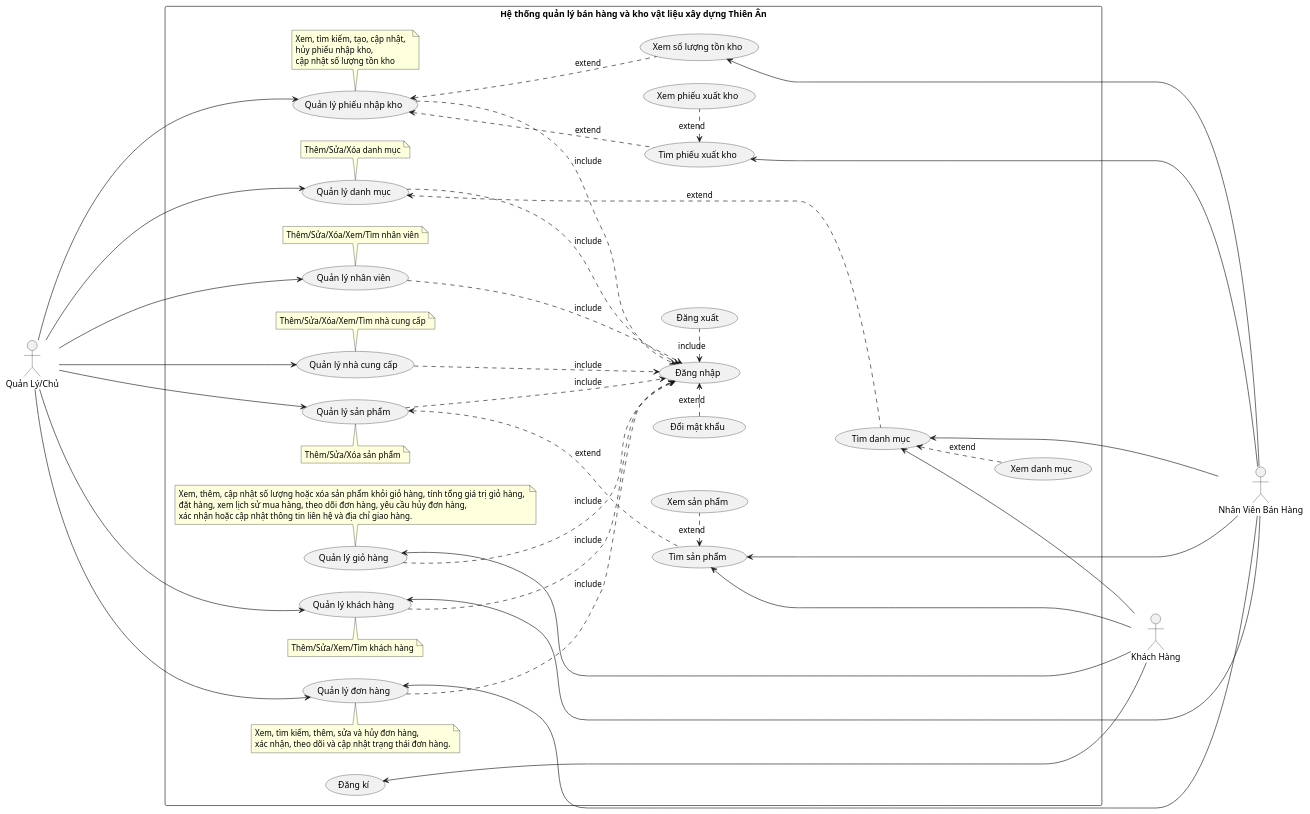
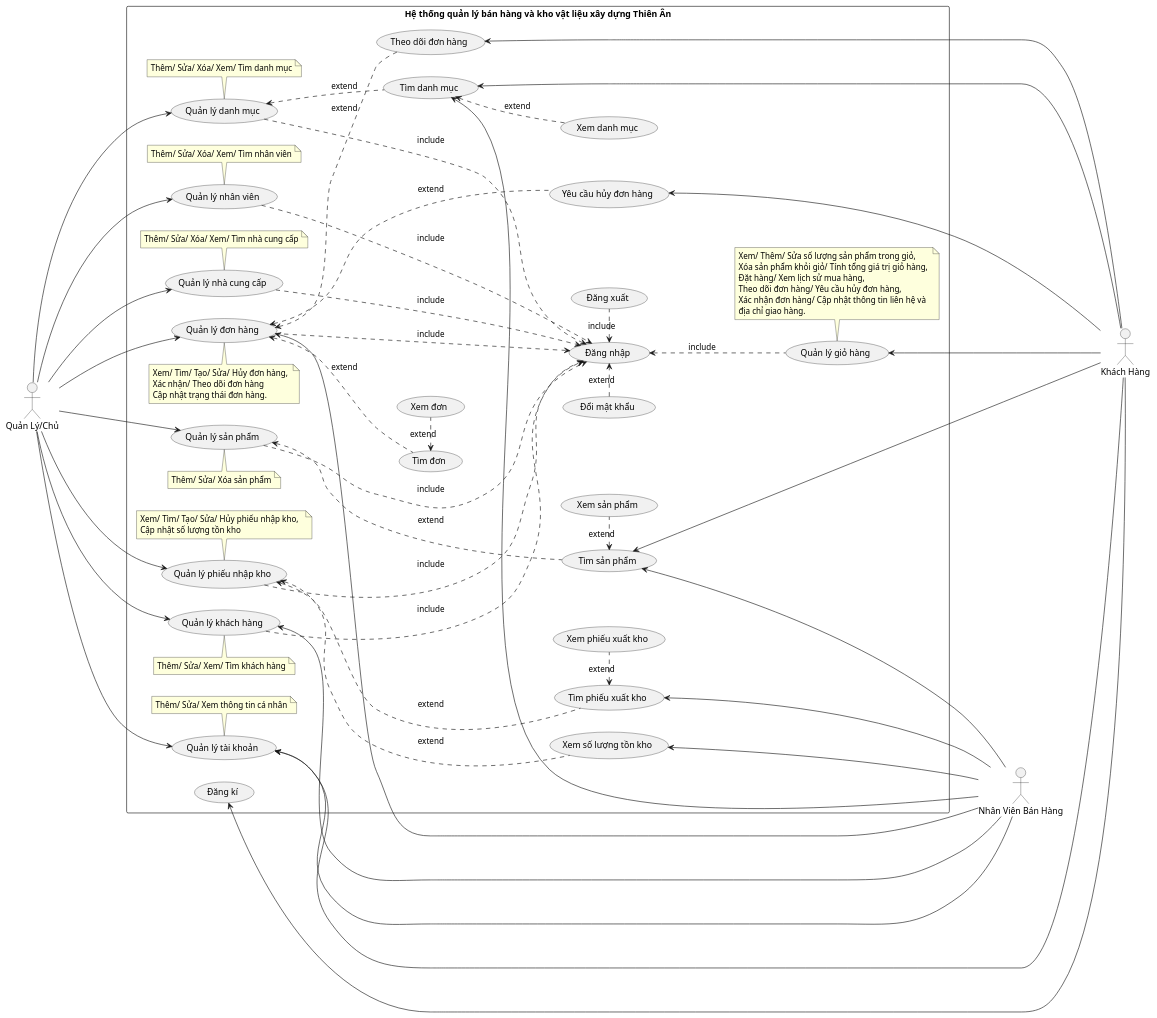
The diagram in assets/plantuml/Sinoo/SinooUC.puml (ThanhdatOris/LAB2211), drawn with PlantUML before and after one commit. The commit also changed 1 other file, not shown here.

```diff
--- a/assets/plantuml/Sinoo/SinooUC.puml
+++ b/assets/plantuml/Sinoo/SinooUC.puml
@@ -1,157 +1,173 @@
 @startuml SinooUC
 
 skinparam shadowing false
 left to right direction
 
 actor "Khách Hàng" as KH
 actor "Quản Lý/Chủ" as NVQL
 actor "Nhân Viên Bán Hàng" as NVBH
 
 rectangle "Hệ thống quản lý bán hàng và kho vật liệu xây dựng Thiên Ân" {
 
 '>>>>>>>>>>>>>>> Khai báo >>>>>>>>>>>>>>>
-'Danh mục sp
+'Tài khoản
+Usecase QLTK as "Quản lý tài khoản"
+note bottom of QLTK: Thêm/ Sửa/ Xem thông tin cá nhân
+
+'Danh mục 
 Usecase QLDMSP as "Quản lý danh mục"
-note bottom of QLDMSP: Thêm/Sửa/Xóa danh mục
+note bottom of QLDMSP: Thêm/ Sửa/ Xóa/ Xem/ Tìm danh mục
 (Xem danh mục) as XEM_DMSP
 (Tìm danh mục) as TIM_DMSP
  TIM_DMSP <.. XEM_DMSP: extend
 
 'Kho hàng
 Usecase QLKHO as "Quản lý phiếu nhập kho"
-note bottom of QLKHO : Xem, tìm kiếm, tạo, cập nhật,  \nhủy phiếu nhập kho,  \ncập nhật số lượng tồn kho 
+note bottom of QLKHO : Xem/ Tìm/ Tạo/ Sửa/ Hủy phiếu nhập kho,  \nCập nhật số lượng tồn kho 
 (Xem số lượng tồn kho) as XEM_HANG
 (Xem phiếu xuất kho) as XEM_PXK
 (Tìm phiếu xuất kho) as TIM_PXK
 TIM_PXK <. XEM_PXK: extend
 
 'Nhân viên
 Usecase QLNV as "Quản lý nhân viên"
-note bottom of QLNV: Thêm/Sửa/Xóa/Xem/Tìm nhân viên
+note bottom of QLNV: Thêm/ Sửa/ Xóa/ Xem/ Tìm nhân viên
 
 'Nhà cung cấp
 Usecase QLNCC as "Quản lý nhà cung cấp"
-note bottom of QLNCC: Thêm/Sửa/Xóa/Xem/Tìm nhà cung cấp
+note bottom of QLNCC: Thêm/ Sửa/ Xóa/ Xem/ Tìm nhà cung cấp
 ' (Tìm nhà cung cấp) as TIM_NCC
 
 'Báo cáo
 ' (Quản lý báo cáo) as QLBC
 ' note bottom of QLBC: Xem doanh thu, phí nhập, phí xuất hàng
 
 'Khách hàng
 (Quản lý khách hàng) as QLKH
-note top of QLKH: Thêm/Sửa/Xem/Tìm khách hàng
+note top of QLKH: Thêm/ Sửa/ Xem/ Tìm khách hàng
 
 'Đơn hàng
 Usecase QLDH as "Quản lý đơn hàng"
-note top of QLDH: Xem, tìm kiếm, thêm, sửa và hủy đơn hàng,  \nxác nhận, theo dõi và cập nhật trạng thái đơn hàng.
-' (Tìm đơn) as TIM_DH
-' (Xem đơn) as XEM_DH
+note top of QLDH: Xem/ Tìm/ Tạo/ Sửa/ Hủy đơn hàng, \nXác nhận/ Theo dõi đơn hàng \nCập nhật trạng thái đơn hàng.
+(Tìm đơn) as TIM_DH
+(Xem đơn) as XEM_DH
+(Theo dõi đơn hàng) as THEO_DOI_DH
+(Yêu cầu hủy đơn hàng) as YCHUY_DH
+TIM_DH <. XEM_DH: extend
+QLDH <... YCHUY_DH: extend
+QLDH <.. THEO_DOI_DH: extend
 
 'Sản phẩm
 Usecase QLSP as "Quản lý sản phẩm"
-note top of QLSP: Thêm/Sửa/Xóa sản phẩm
+note top of QLSP: Thêm/ Sửa/ Xóa sản phẩm
 (Xem sản phẩm) as XEM_SP
 (Tìm sản phẩm) as TIM_SP
  TIM_SP <. XEM_SP: extend
 
 'Giỏ hàng
 Usecase QLGH as "Quản lý giỏ hàng"
-note bottom of QLGH: Xem, thêm, cập nhật số lượng hoặc xóa sản phẩm khỏi giỏ hàng,  tính tổng giá trị giỏ hàng, \nđặt hàng, xem lịch sử mua hàng,  theo dõi đơn hàng, yêu cầu hủy đơn hàng,  \nxác nhận hoặc cập nhật thông tin liên hệ và địa chỉ giao hàng.
+note bottom of QLGH: Xem/ Thêm/ Sửa số lượng sản phẩm trong giỏ, \nXóa sản phẩm khỏi giỏ/ Tính tổng giá trị giỏ hàng, \nĐặt hàng/ Xem lịch sử mua hàng, \nTheo dõi đơn hàng/ Yêu cầu hủy đơn hàng, \nXác nhận đơn hàng/ Cập nhật thông tin liên hệ và \nđịa chỉ giao hàng.
 ' (Xem giỏ hàng) as XEM_GH
 '   XEM_GH .>  QLGH: extend
 
 
 'Đăng nhập, đăng xuất
 (Đăng xuất) as Logout
 (Đăng nhập) as Login
 (Đăng kí) as SignUp
 (Đổi mật khẩu) as ChangePass
 
 Login  <.  Logout: include
 ChangePass .> Login : extend
 
 '>>>>>>>>>>>>>>> Gán đối tượng >>>>>>>>>>>>>>
 QLDMSP ...> Login : include
 ' QLBC ...> Login : include
 QLDH ...> Login : include
-QLGH ...> Login : include
+' QLGH ...> Login : include
 QLSP ...> Login : include
 QLNCC ...> Login : include
 QLKH ...> Login : include
 QLNV ...> Login : include
 QLKHO ...> Login : include
+Login <..  QLGH: include
 
-'----------- Nhân Viên Quản lý -----------
+'----------- Người Quản lý -----------
 NVQL --> QLSP
-NVQL ----> QLDMSP
+NVQL ---> QLDMSP
 NVQL --> QLKHO
 NVQL --> QLNV
 NVQL --> QLNCC
 ' NVQL --> QLBC
 NVQL --> QLKH 
 NVQL --> QLDH 
+NVQL --> QLTK 
 
 'Tài khoản
 ' NVQL ---> Login
 
 'Sản phẩm
 QLSP <... TIM_SP: extend
 
 'Danh mục sp
-QLDMSP <..... TIM_DMSP: extend
+QLDMSP <.. TIM_DMSP: extend
 
 'Kho hàng
 QLKHO <... XEM_HANG: extend
 QLKHO <... TIM_PXK: extend
 
 'Nhân viên
 
 'Nhà cung cấp
 ' QLNCC <.. TIM_NCC: extend
 
 'Báo cáo
 
 'Khách hàng
 
 'Đơn hàng
-
+QLDH <.. TIM_DH: extend
 
 '----------- Nhân Viên Bán Hàng -----------
 QLDH <- NVBH
 QLKH <-- NVBH
-
+QLTK <-- NVBH
 'Tài khoản
 ' Login <--- NVBH
 
 'Kho
-XEM_HANG <--- NVBH
+XEM_HANG <-- NVBH
 
 'Danh mục
-TIM_DMSP <---- NVBH
+TIM_DMSP <-- NVBH
 
 'Kho hàng
 TIM_PXK <--- NVBH
 
 'Sản phẩm
 TIM_SP <-- NVBH
 
 '----------- Khách Hàng -----------
 QLGH <-- KH
+QLTK <-- KH
 
 'Tài khoản
 SignUp <- KH
 ' Login <-- KH
 
 'Giỏ hàng
 ' XEM_GH <-- KH
 
 'Sản phẩm
 TIM_SP <---- KH
 
 'Danh mục
 TIM_DMSP <--- KH
 
+'Đơn hàng
+YCHUY_DH <-- KH
+THEO_DOI_DH <-- KH
+
 }
 
 @enduml
```
